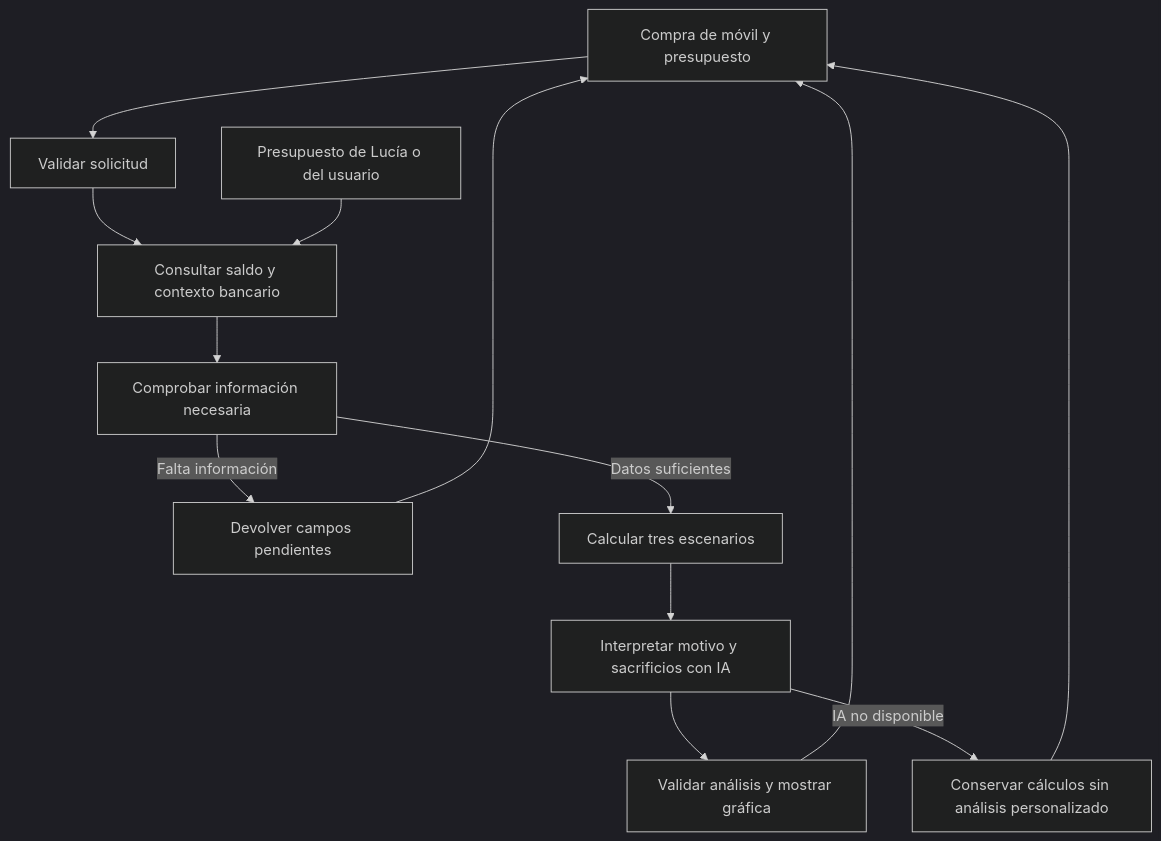
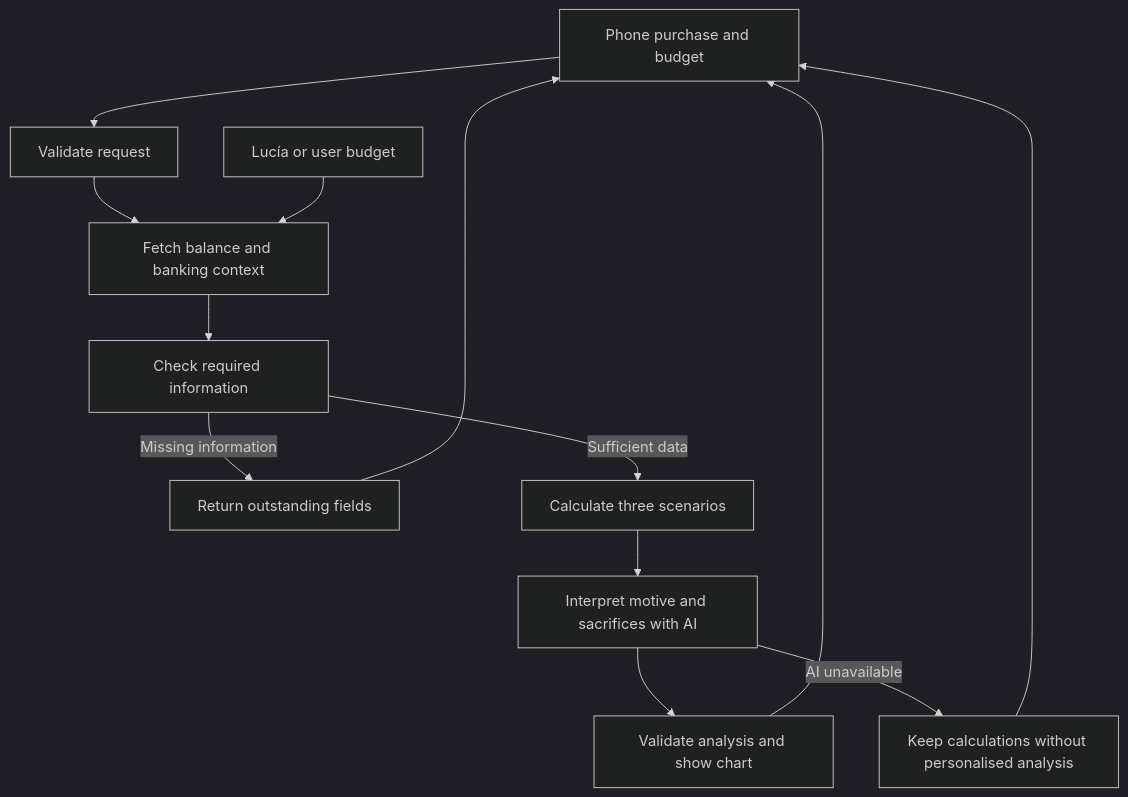
Before and after one commit to hackstler/banana-bank: the diagram in Specs/SpendLab/Plan.md, drawn with Mermaid (dark theme). The commit also changed other lines of this file and 2 other files, not shown here.

````diff
--- a/Specs/SpendLab/Plan.md
+++ b/Specs/SpendLab/Plan.md
@@ -39,15 +39,15 @@
 ```mermaid
 flowchart TD
-    UI[Compra de móvil y presupuesto] --> VALIDATE[Validar solicitud]
-    VALIDATE --> CONTEXT[Consultar saldo y contexto bancario]
-    DEMO[Presupuesto de Lucía o del usuario] --> CONTEXT
-    CONTEXT --> GATE[Comprobar información necesaria]
-    GATE -->|Falta información| INPUT[Devolver campos pendientes]
+    UI[Phone purchase and budget] --> VALIDATE[Validate request]
+    VALIDATE --> CONTEXT[Fetch balance and banking context]
+    DEMO[Lucía or user budget] --> CONTEXT
+    CONTEXT --> GATE[Check required information]
+    GATE -->|Missing information| INPUT[Return outstanding fields]
     INPUT --> UI
-    GATE -->|Datos suficientes| CALC[Calcular tres escenarios]
-    CALC --> AI[Interpretar motivo y sacrificios con IA]
-    AI --> RESULT[Validar análisis y mostrar gráfica]
-    AI -->|IA no disponible| NUMBERS[Conservar cálculos sin análisis personalizado]
+    GATE -->|Sufficient data| CALC[Calculate three scenarios]
+    CALC --> AI[Interpret motive and sacrifices with AI]
+    AI --> RESULT[Validate analysis and show chart]
+    AI -->|AI unavailable| NUMBERS[Keep calculations without personalised analysis]
     RESULT --> UI
     NUMBERS --> UI
 ```
````
